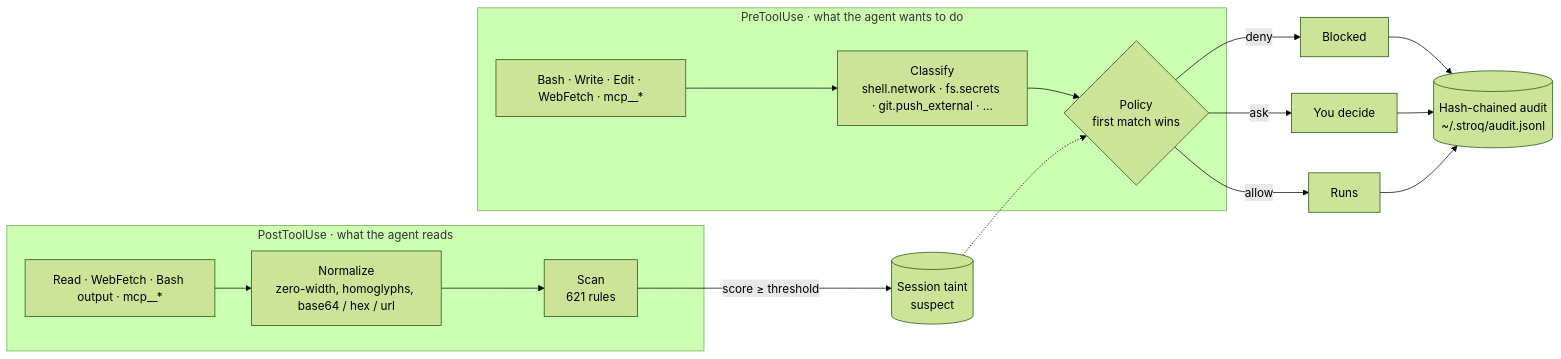
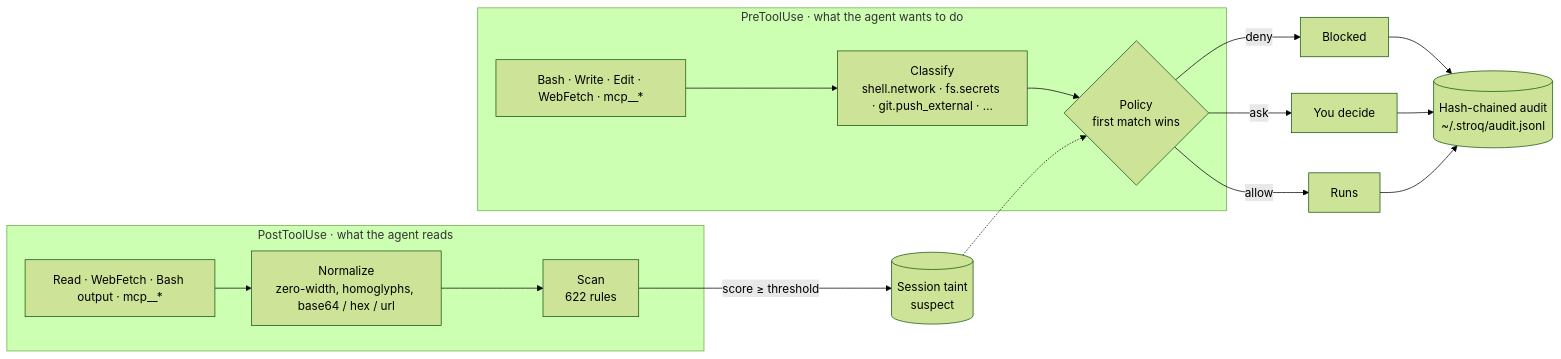
The diagram in docs/GUIDE.md (AGGIB/Stroq), drawn with Mermaid (forest theme) before and after one commit. The commit also changed other lines of this file and 28 other files, not shown here.

````diff
--- a/docs/GUIDE.md
+++ b/docs/GUIDE.md
@@ -807,17 +807,17 @@
 ```mermaid
 flowchart LR
     subgraph read [" PostToolUse · what the agent reads "]
         R[Read · WebFetch · Bash output · mcp__*] --> N[Normalize<br/>zero-width, homoglyphs, base64 / hex / url]
-        N --> S[Scan<br/>621 rules]
+        N --> S[Scan<br/>622 rules]
     end
     S -- "score ≥ threshold" --> T[(Session taint<br/>suspect)]
     subgraph act [" PreToolUse · what the agent wants to do "]
         A[Bash · Write · Edit · WebFetch · mcp__*] --> C[Classify<br/>shell.network · fs.secrets · git.push_external · …]
         C --> P{Policy<br/>first match wins}
     end
     T -.-> P
     P -- deny --> D[Blocked]
     P -- ask --> K[You decide]
     P -- allow --> G[Runs]
     D & K & G --> L[(Hash-chained audit<br/>~/.stroq/audit.jsonl)]
 ```
````
